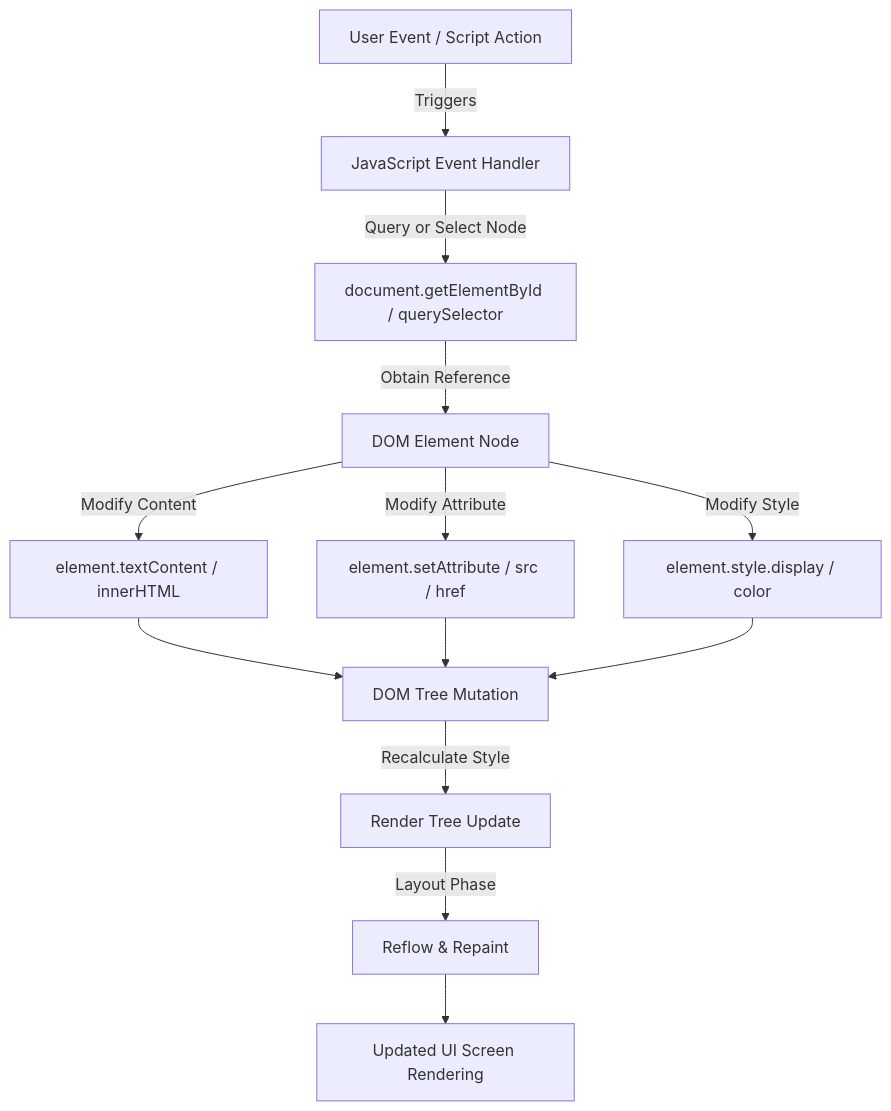
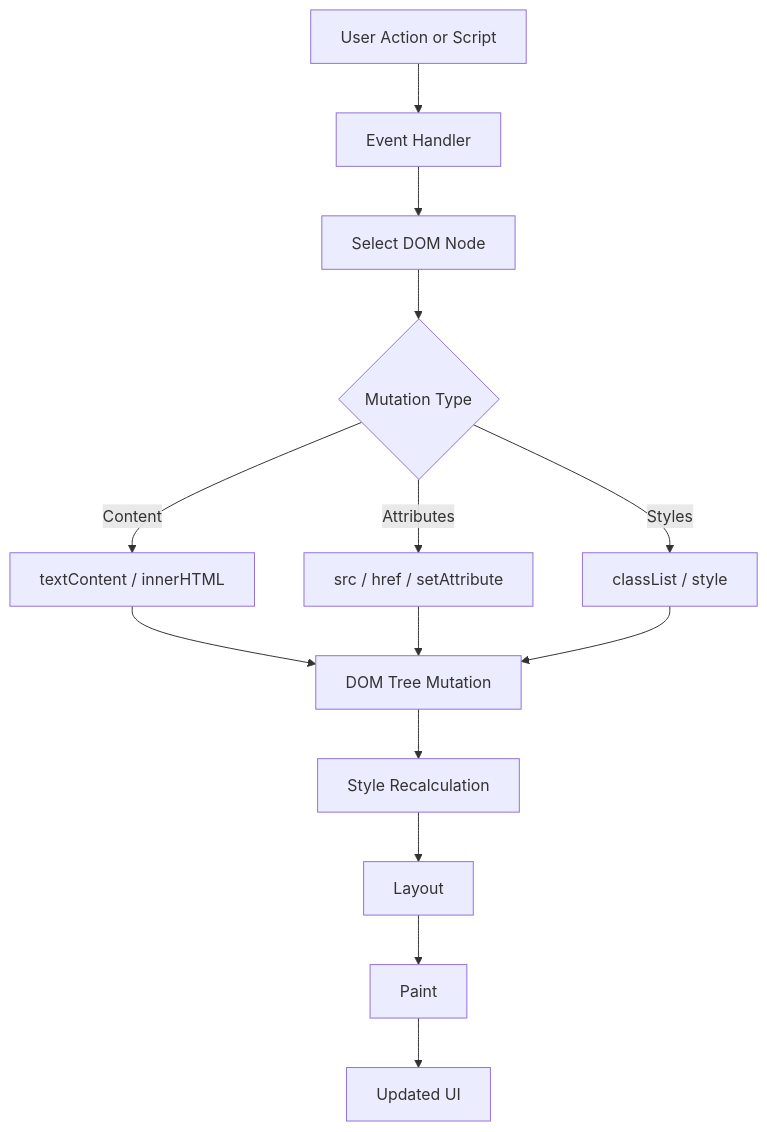
One commit to userAshwani/mastering-code changed the diagram in JavaScript/02-DOM-Manipulation/01-DOM-Element-Interaction.md. Above: the diagram before and after it, drawn with Mermaid. The commit also changed other lines of this file and 4 other files, not shown here.

````diff
--- a/JavaScript/02-DOM-Manipulation/01-DOM-Element-Interaction.md
+++ b/JavaScript/02-DOM-Manipulation/01-DOM-Element-Interaction.md
@@ -18,18 +32,16 @@
 ```mermaid
 flowchart TD
-    A["User Event / Script Action"] -->|Triggers| B[JavaScript Event Handler]
-    B -->|Query or Select Node| C["document.getElementById / querySelector"]
-    C -->|Obtain Reference| D[DOM Element Node]
-    
-    D -->|Modify Content| E1["element.textContent / innerHTML"]
-    D -->|Modify Attribute| E2["element.setAttribute / src / href"]
-    D -->|Modify Style| E3["element.style.display / color"]
-    
-    E1 --> F[DOM Tree Mutation]
-    E2 --> F[DOM Tree Mutation]
-    E3 --> F[DOM Tree Mutation]
-    
-    F -->|Recalculate Style| G[Render Tree Update]
-    G -->|Layout Phase| H["Reflow & Repaint"]
-    H --> I[Updated UI Screen Rendering]
+    A[User Action or Script] --> B[Event Handler]
+    B --> C[Select DOM Node]
+    C --> D{Mutation Type}
+    D -->|Content| E["textContent / innerHTML"]
+    D -->|Attributes| F["src / href / setAttribute"]
+    D -->|Styles| G["classList / style"]
+    E --> H[DOM Tree Mutation]
+    F --> H
+    G --> H
+    H --> I[Style Recalculation]
+    I --> J[Layout]
+    J --> K[Paint]
+    K --> L[Updated UI]
 ```
````
